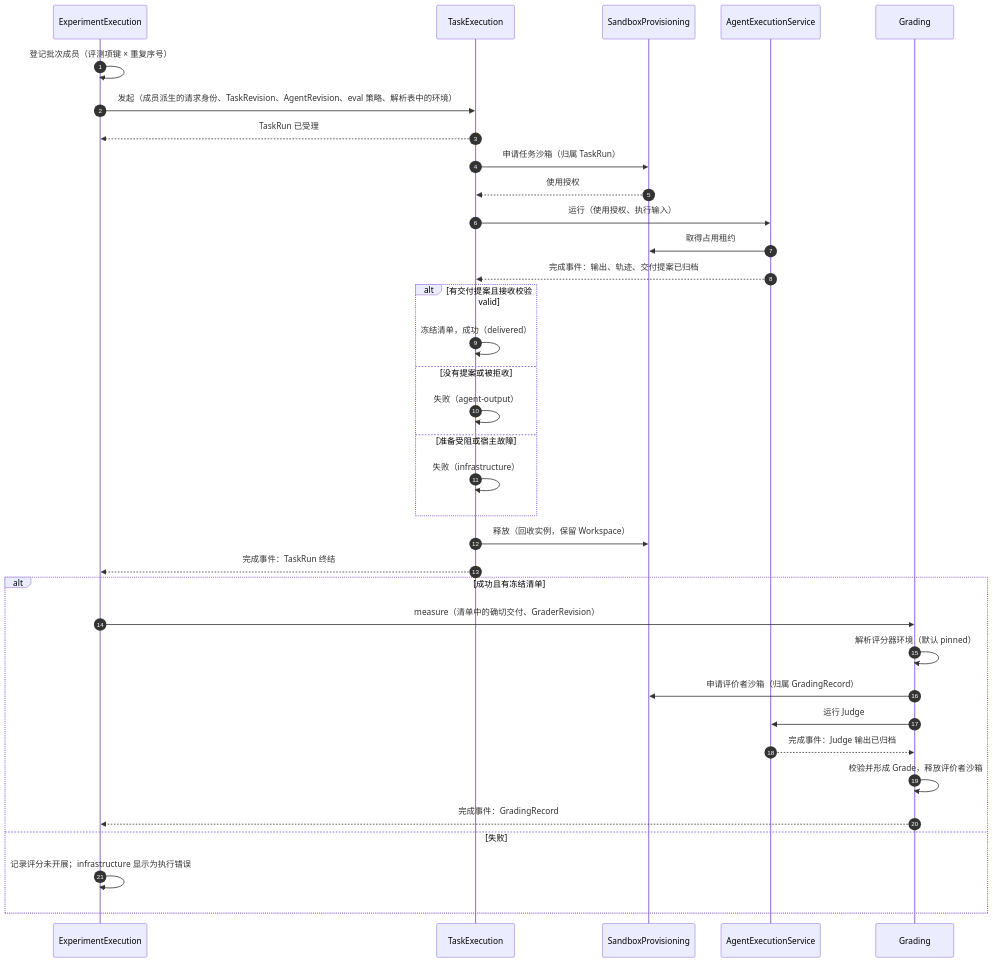
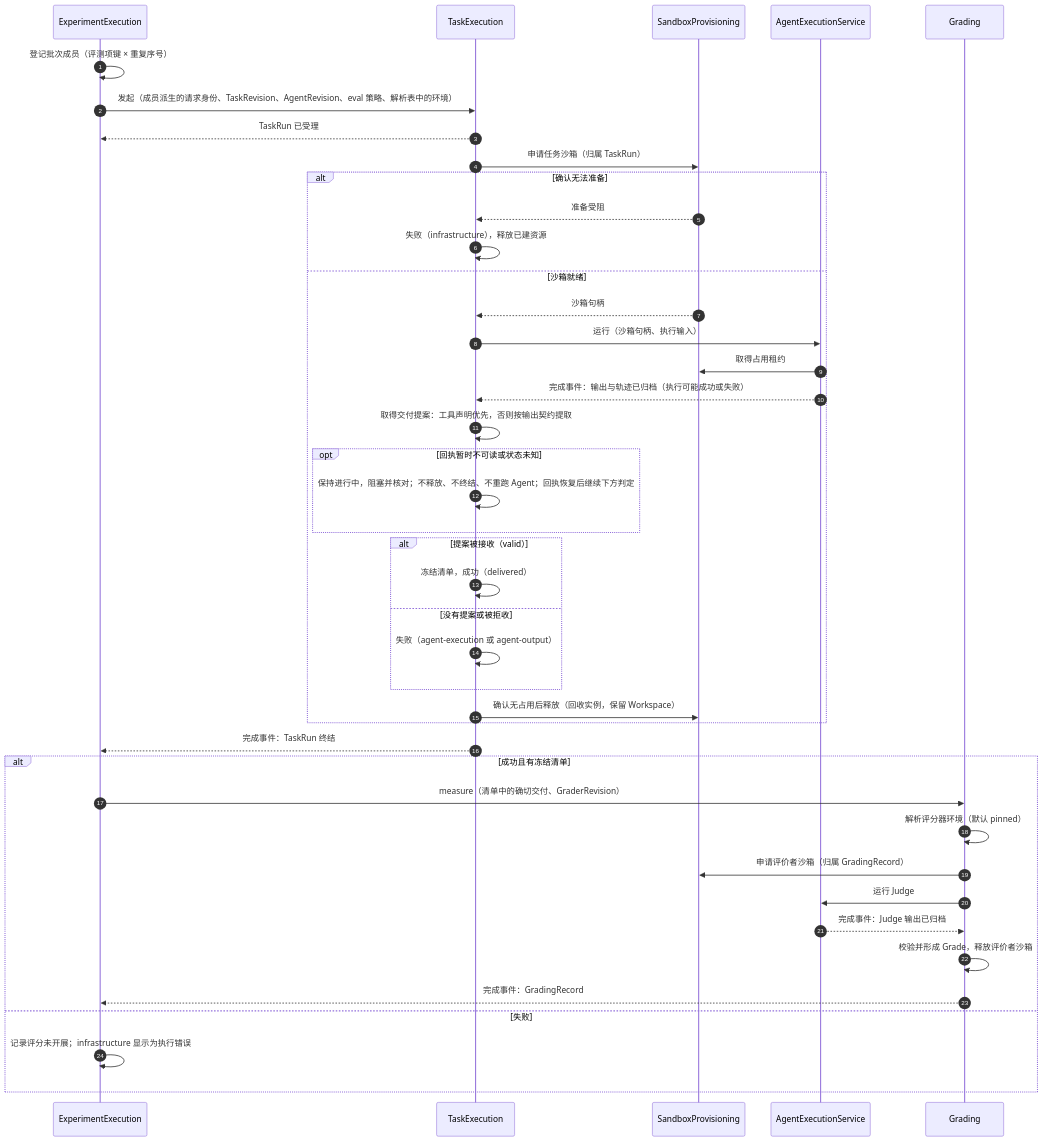
One commit to MaybeLL/Ground changed the diagram in docs/assets/r1-seq-eval.mmd. Above: the diagram before and after it, drawn with Mermaid. The commit also changed 11 other files, not shown here.

```diff
--- a/docs/assets/r1-seq-eval.mmd
+++ b/docs/assets/r1-seq-eval.mmd
@@ -1,35 +1,42 @@
 sequenceDiagram
   autonumber
   participant EE as ExperimentExecution
   participant TE as TaskExecution
   participant SB as SandboxProvisioning
   participant AE as AgentExecutionService
   participant GR as Grading
   EE->>EE: 登记批次成员（评测项键 × 重复序号）
   EE->>TE: 发起（成员派生的请求身份、TaskRevision、AgentRevision、eval 策略、解析表中的环境）
   TE-->>EE: TaskRun 已受理
   TE->>SB: 申请任务沙箱（归属 TaskRun）
-  SB-->>TE: 使用授权
-  TE->>AE: 运行（使用授权、执行输入）
-  AE->>SB: 取得占用租约
-  AE-->>TE: 完成事件：输出、轨迹、交付提案已归档
-  alt 有交付提案且接收校验 valid
-    TE->>TE: 冻结清单，成功（delivered）
-  else 没有提案或被拒收
-    TE->>TE: 失败（agent-output）
-  else 准备受阻或宿主故障
-    TE->>TE: 失败（infrastructure）
+  alt 确认无法准备
+    SB-->>TE: 准备受阻
+    TE->>TE: 失败（infrastructure），释放已建资源
+  else 沙箱就绪
+    SB-->>TE: 沙箱句柄
+    TE->>AE: 运行（沙箱句柄、执行输入）
+    AE->>SB: 取得占用租约
+    AE-->>TE: 完成事件：输出与轨迹已归档（执行可能成功或失败）
+    TE->>TE: 取得交付提案：工具声明优先，否则按输出契约提取
+    opt 回执暂时不可读或状态未知
+      TE->>TE: 保持进行中，阻塞并核对；不释放、不终结、不重跑 Agent；回执恢复后继续下方判定
+    end
+    alt 提案被接收（valid）
+      TE->>TE: 冻结清单，成功（delivered）
+    else 没有提案或被拒收
+      TE->>TE: 失败（agent-execution 或 agent-output）
+    end
+    TE->>SB: 确认无占用后释放（回收实例，保留 Workspace）
   end
-  TE->>SB: 释放（回收实例，保留 Workspace）
   TE-->>EE: 完成事件：TaskRun 终结
   alt 成功且有冻结清单
     EE->>GR: measure（清单中的确切交付、GraderRevision）
     GR->>GR: 解析评分器环境（默认 pinned）
     GR->>SB: 申请评价者沙箱（归属 GradingRecord）
     GR->>AE: 运行 Judge
     AE-->>GR: 完成事件：Judge 输出已归档
     GR->>GR: 校验并形成 Grade，释放评价者沙箱
     GR-->>EE: 完成事件：GradingRecord
   else 失败
     EE->>EE: 记录评分未开展；infrastructure 显示为执行错误
   end
```
